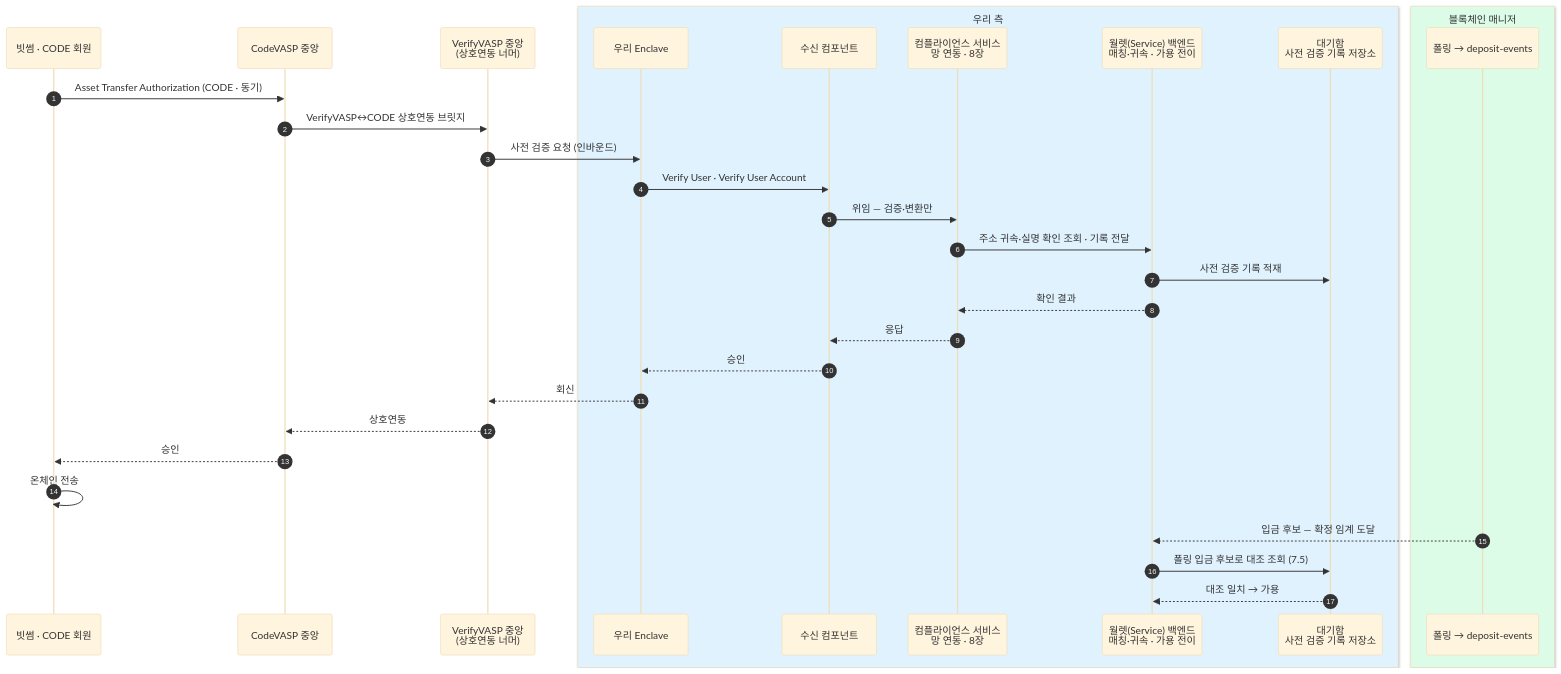
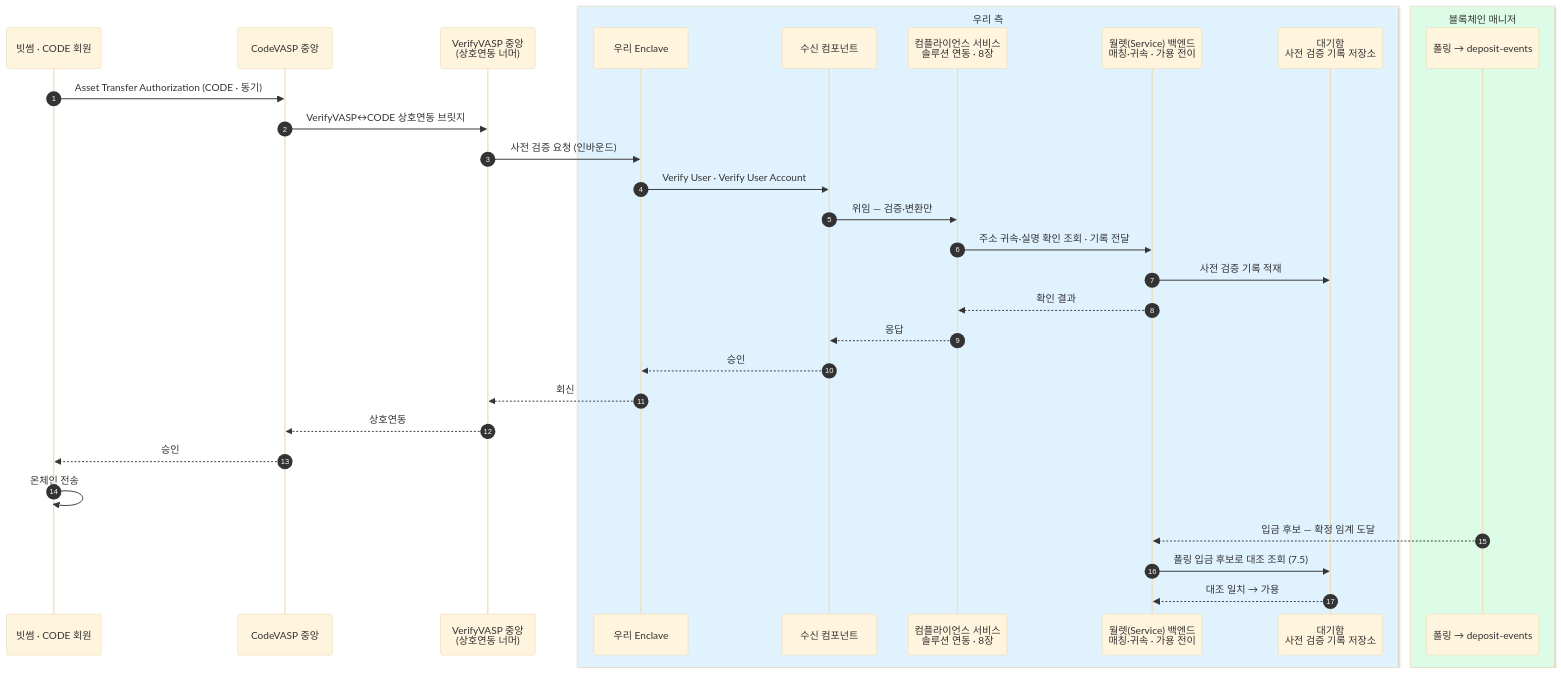
One commit to eunsujeo/eunpus changed the second of 2 diagrams in blockchain-manager/docs/트래블룰/설계/11-appendix-domestic-flows.md. Above: the diagram before and after it, drawn with Mermaid (base theme). The commit also changed other lines of this file and 26 other files, not shown here.

````diff
--- a/blockchain-manager/docs/트래블룰/설계/11-appendix-domestic-flows.md
+++ b/blockchain-manager/docs/트래블룰/설계/11-appendix-domestic-flows.md
@@ -72,35 +72,35 @@
 ```mermaid
 sequenceDiagram
     autonumber
     participant SV as 빗썸 · CODE 회원
     participant CV as CodeVASP 중앙
     participant HUB as VerifyVASP 중앙<br/>(상호연동 너머)
     box rgb(224,242,254) 우리 측
     participant EN as 우리 Enclave
     participant RX as 수신 컴포넌트
-    participant TR as 컴플라이언스 서비스<br/>망 연동 · 8장
+    participant TR as 컴플라이언스 서비스<br/>솔루션 연동 · 8장
     participant BE as 월렛(Service) 백엔드<br/>매칭·귀속 · 가용 전이
     participant WQ as 대기함<br/>사전 검증 기록 저장소
     end
     box rgb(220,252,231) 블록체인 매니저
     participant BM as 폴링 → deposit-events
     end
 
     SV->>CV: Asset Transfer Authorization (CODE · 동기)
     CV->>HUB: VerifyVASP↔CODE 상호연동 브릿지
     HUB->>EN: 사전 검증 요청 (인바운드)
     EN->>RX: Verify User · Verify User Account
     RX->>TR: 위임 — 검증·변환만
     TR->>BE: 주소 귀속·실명 확인 조회 · 기록 전달
     BE->>WQ: 사전 검증 기록 적재
     BE-->>TR: 확인 결과
     TR-->>RX: 응답
     RX-->>EN: 승인
     EN-->>HUB: 회신
     HUB-->>CV: 상호연동
     CV-->>SV: 승인
     SV->>SV: 온체인 전송
     BM-->>BE: 입금 후보 — 확정 임계 도달
     BE->>WQ: 폴링 입금 후보로 대조 조회 (7.5)
     WQ-->>BE: 대조 일치 → 가용
 ```
````
